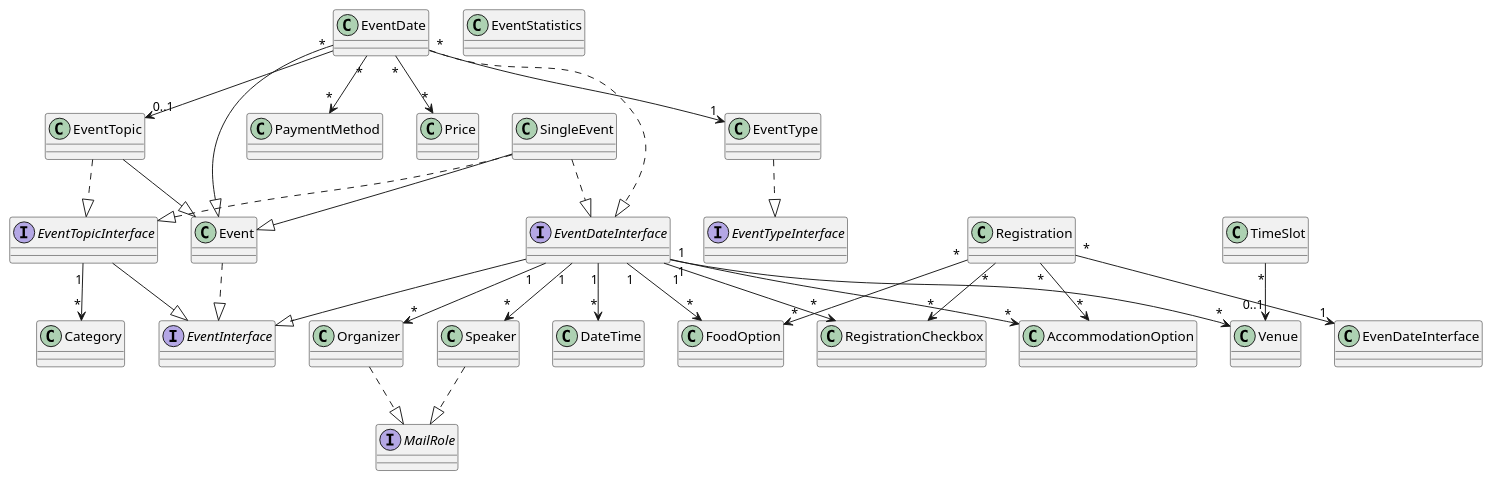
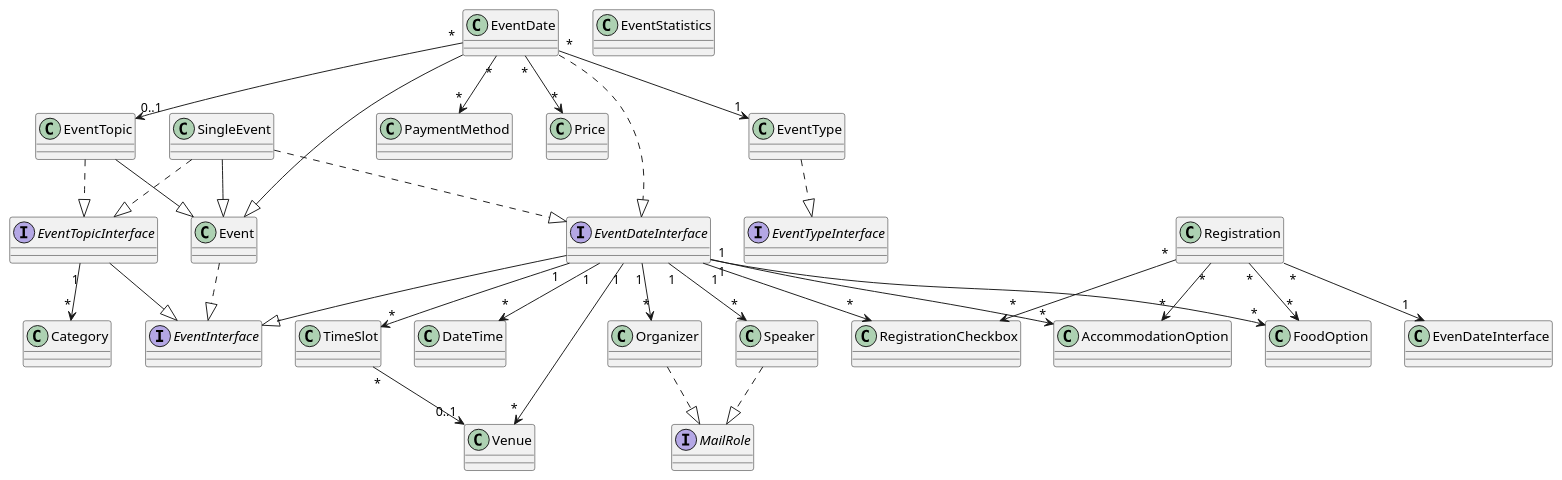
Before and after one commit to oliverklee-de/seminars: the diagram in Documentation/Architecture/UMLforEntities.plantuml, drawn with PlantUML. The commit also changed 9 other files, not shown here.

First line of the commit message:
[TASK] Add Event.timeSlots (#5149)

```diff
--- a/Documentation/Architecture/UMLforEntities.plantuml
+++ b/Documentation/Architecture/UMLforEntities.plantuml
@@ -1,79 +1,80 @@
 ' ==========
 ' Interfaces
 ' ==========
 interface EventDateInterface
 interface EventInterface
 interface EventTopicInterface
 interface EventTypeInterface
 interface MailRole
 
 ' ==============
 ' Domain Classes
 ' ==============
 class AccommodationOption
 class Category
 class DateTime
 class Event
 class EventDate
 class EventStatistics
 class EventTopic
 class EventType
 class FoodOption
 class Organizer
 class PaymentMethod
 class Price
 class Registration
 class RegistrationCheckbox
 class SingleEvent
 class Speaker
 class TimeSlot
 class Venue
 
 ' ===========
 ' Inheritance
 ' ===========
 EventDate --|> Event
 EventTopic --|> Event
 SingleEvent --|> Event
 
 EventDateInterface --|> EventInterface
 EventTopicInterface --|> EventInterface
 
 ' =========
 ' Interface
 ' =========
 Event ..|> EventInterface
 EventDate ..|> EventDateInterface
 EventTopic ..|> EventTopicInterface
 EventType ..|> EventTypeInterface
 Organizer ..|> MailRole
 SingleEvent ..|> EventDateInterface
 SingleEvent ..|> EventTopicInterface
 Speaker ..|> MailRole
 
 
 
 ' ============
 ' Associations
 ' ============
 EventDate "*" --> "1" EventType
 EventDate "*" --> "*" PaymentMethod
 EventDate "*" --> "*" Price
 EventDate "*" --> "0..1" EventTopic
 
 EventDateInterface "1" --> "*" AccommodationOption
 EventDateInterface "1" --> "*" DateTime
 EventDateInterface "1" --> "*" FoodOption
 EventDateInterface "1" --> "*" Organizer
 EventDateInterface "1" --> "*" RegistrationCheckbox
 EventDateInterface "1" --> "*" Speaker
 EventDateInterface "1" --> "*" Venue
+EventDateInterface "1" --> "*" TimeSlot
 
 EventTopicInterface "1" --> "*" Category
 
 Registration "*" --> "*" AccommodationOption
 Registration "*" --> "1" EvenDateInterface
 Registration "*" --> "*" FoodOption
 Registration "*" --> "*" RegistrationCheckbox
 
 TimeSlot "*" --> "0..1" Venue
```
